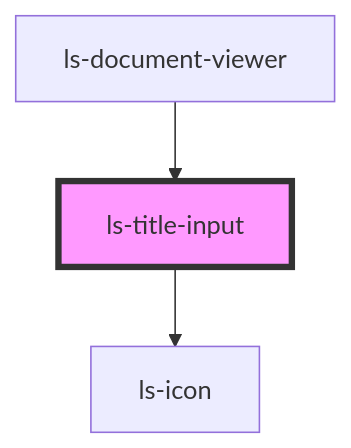
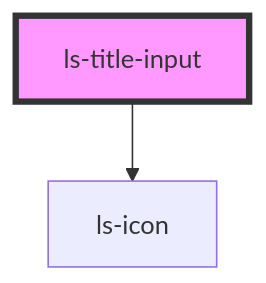
One commit to legalesign/ls-document-viewer changed the diagram in src/components/ls-title-input/readme.md. Above: the diagram before and after it, drawn with Mermaid. The commit also changed other lines of this file and 5 other files, not shown here.

````diff
--- a/src/components/ls-title-input/readme.md
+++ b/src/components/ls-title-input/readme.md
@@ -33,6 +29,5 @@
 ```mermaid
 graph TD;
   ls-title-input --> ls-icon
-  ls-document-viewer --> ls-title-input
   style ls-title-input fill:#f9f,stroke:#333,stroke-width:4px
 ```
````
